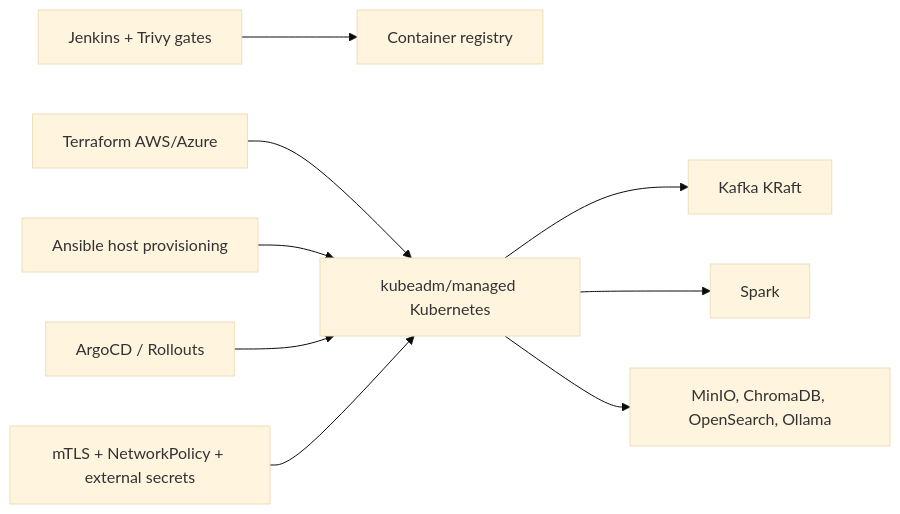
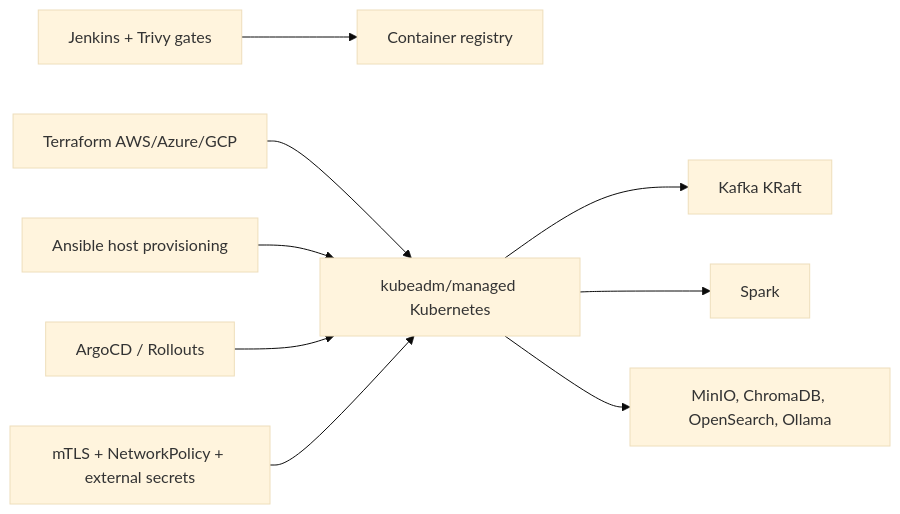
Before and after one commit to amazen33/omni-stream-RAG-mesh: the seventh of 12 diagrams in docs/TOGAF_Architecture_Definition.md, drawn with Mermaid (base theme). The commit also changed other lines of this file, not shown here.

Commit message:
Update docs/TOGAF_Architecture_Definition.md - 2026-09-20 19:04

````diff
--- a/docs/TOGAF_Architecture_Definition.md
+++ b/docs/TOGAF_Architecture_Definition.md
@@ -255,11 +283,11 @@
 ```mermaid
 flowchart LR
     CI[Jenkins + Trivy gates] --> Registry[Container registry]
-    Terraform[Terraform AWS/Azure] --> Runtime[kubeadm/managed Kubernetes]
+    Terraform[Terraform AWS/Azure/GCP] --> Runtime[kubeadm/managed Kubernetes]
     Ansible[Ansible host provisioning] --> Runtime
     Argo[ArgoCD / Rollouts] --> Runtime
     Runtime --> Kafka[Kafka KRaft]
     Runtime --> Spark[Spark]
     Runtime --> Data[MinIO, ChromaDB, OpenSearch, Ollama]
     Trust[mTLS + NetworkPolicy + external secrets] --> Runtime
 ```
````
